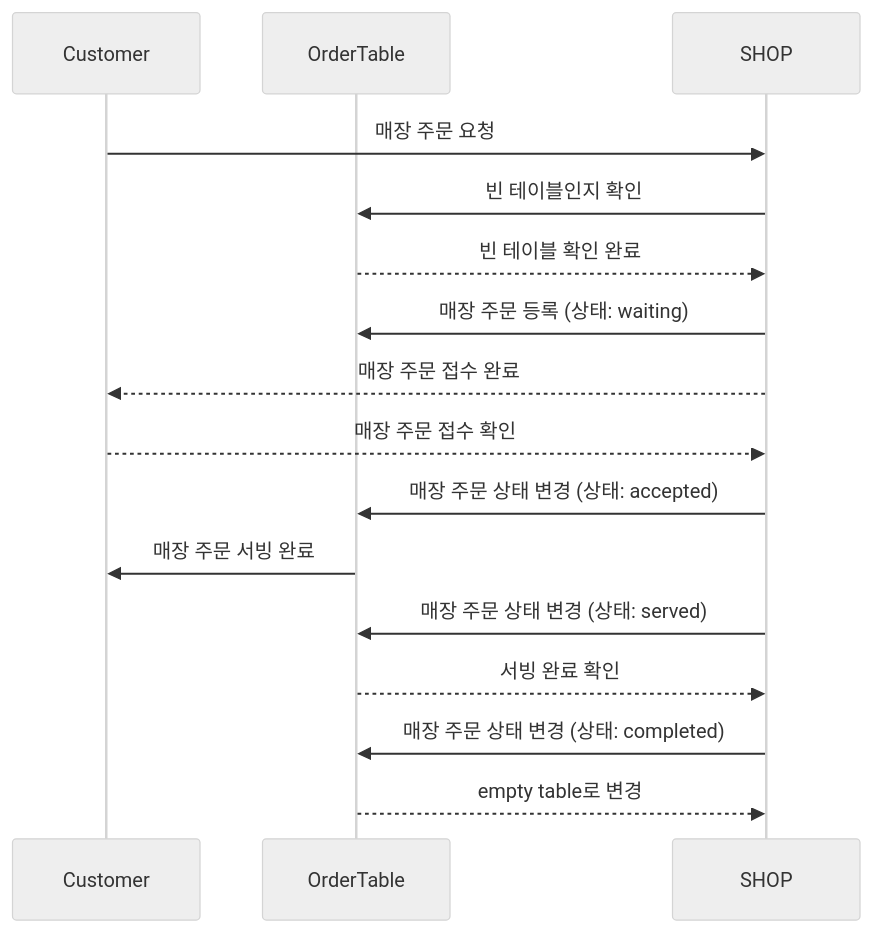
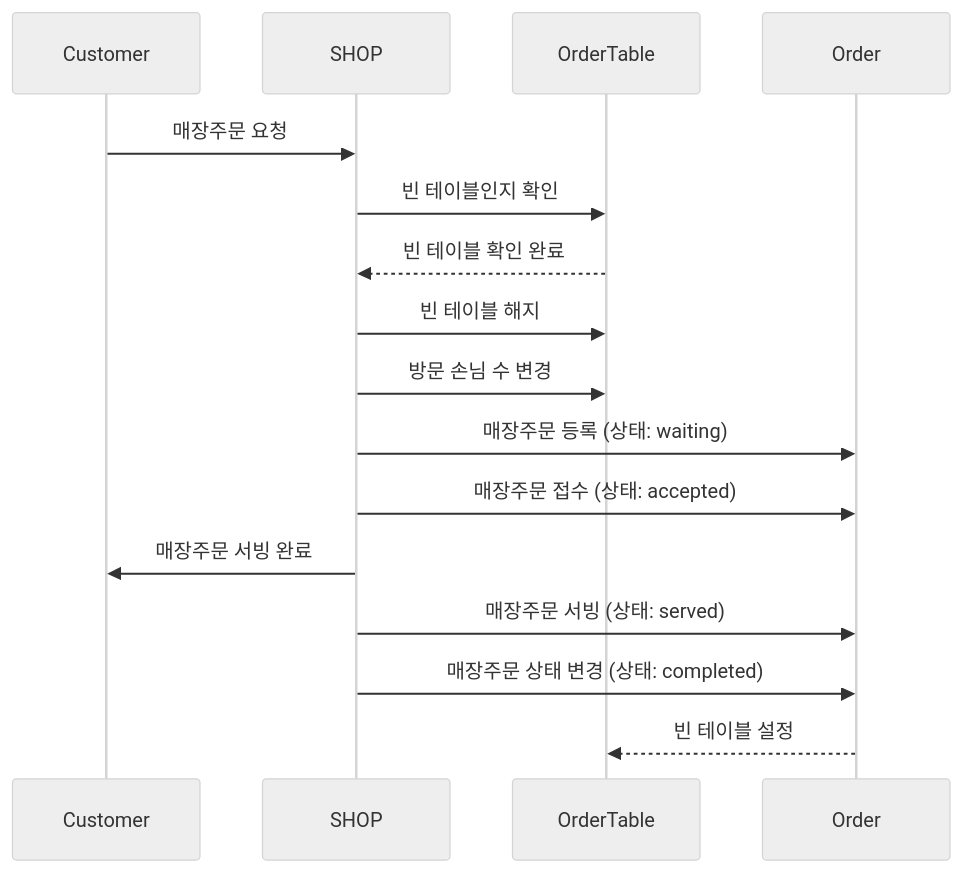
One commit to jinyoonYang/ddd-strategic-design changed the fifth of 7 diagrams in README.md. Above: the diagram before and after it, drawn with Mermaid (neutral theme). The commit also changed other lines of this file, not shown here.

````diff
--- a/README.md
+++ b/README.md
@@ -275,18 +283,18 @@
 ```mermaid
 sequenceDiagram
     participant Customer
+    participant SHOP
     participant OrderTable
-    participant SHOP
-    Customer ->> SHOP: 매장 주문 요청
+    participant Order
+    Customer ->> SHOP: 매장주문 요청
     SHOP ->> OrderTable: 빈 테이블인지 확인
     OrderTable -->> SHOP: 빈 테이블 확인 완료
-    SHOP ->> OrderTable: 매장 주문 등록 (상태: waiting)
-    SHOP -->> Customer: 매장 주문 접수 완료
-    Customer -->> SHOP: 매장 주문 접수 확인
-    SHOP ->> OrderTable: 매장 주문 상태 변경 (상태: accepted)
-    OrderTable ->> Customer: 매장 주문 서빙 완료
-    SHOP ->> OrderTable: 매장 주문 상태 변경 (상태: served)
-    OrderTable -->> SHOP: 서빙 완료 확인
-    SHOP ->> OrderTable: 매장 주문 상태 변경 (상태: completed)
-    OrderTable -->> SHOP: empty table로 변경
+    SHOP ->> OrderTable: 빈 테이블 해지
+    SHOP ->> OrderTable: 방문 손님 수 변경  
+    SHOP ->> Order: 매장주문 등록 (상태: waiting)
+    SHOP ->> Order: 매장주문 접수 (상태: accepted)
+    SHOP ->> Customer: 매장주문 서빙 완료
+    SHOP ->> Order: 매장주문 서빙 (상태: served)
+    SHOP ->> Order: 매장주문 상태 변경 (상태: completed)
+    Order -->> OrderTable: 빈 테이블 설정
 ```
````
